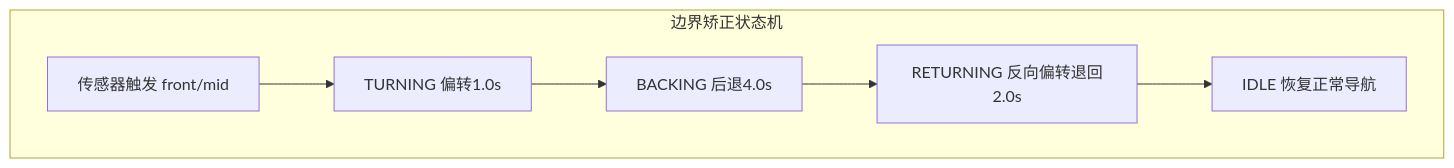
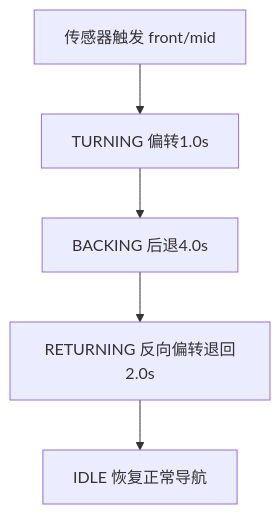
One commit to J123123-oss/robot_cleaning changed the eighth of 10 diagrams in README.md. Above: the diagram before and after it, drawn with Mermaid. The commit also changed 12 other files, not shown here.

````diff
--- a/README.md
+++ b/README.md
@@ -363,9 +363,7 @@
 ```mermaid
 graph TD
-    subgraph 边界矫正状态机
-        SENSOR_TRIG["传感器触发 front/mid"] --> TURNING["TURNING 偏转1.0s"]
-        TURNING --> BACKING["BACKING 后退4.0s"]
-        BACKING --> RETURNING["RETURNING 反向偏转退回2.0s"]
-        RETURNING --> IDLE_BC["IDLE 恢复正常导航"]
-    end
+    SENSOR_TRIG["传感器触发 front/mid"] --> TURNING["TURNING 偏转1.0s"]
+    TURNING --> BACKING["BACKING 后退4.0s"]
+    BACKING --> RETURNING["RETURNING 反向偏转退回2.0s"]
+    RETURNING --> IDLE_BC["IDLE 恢复正常导航"]
 ```
````
